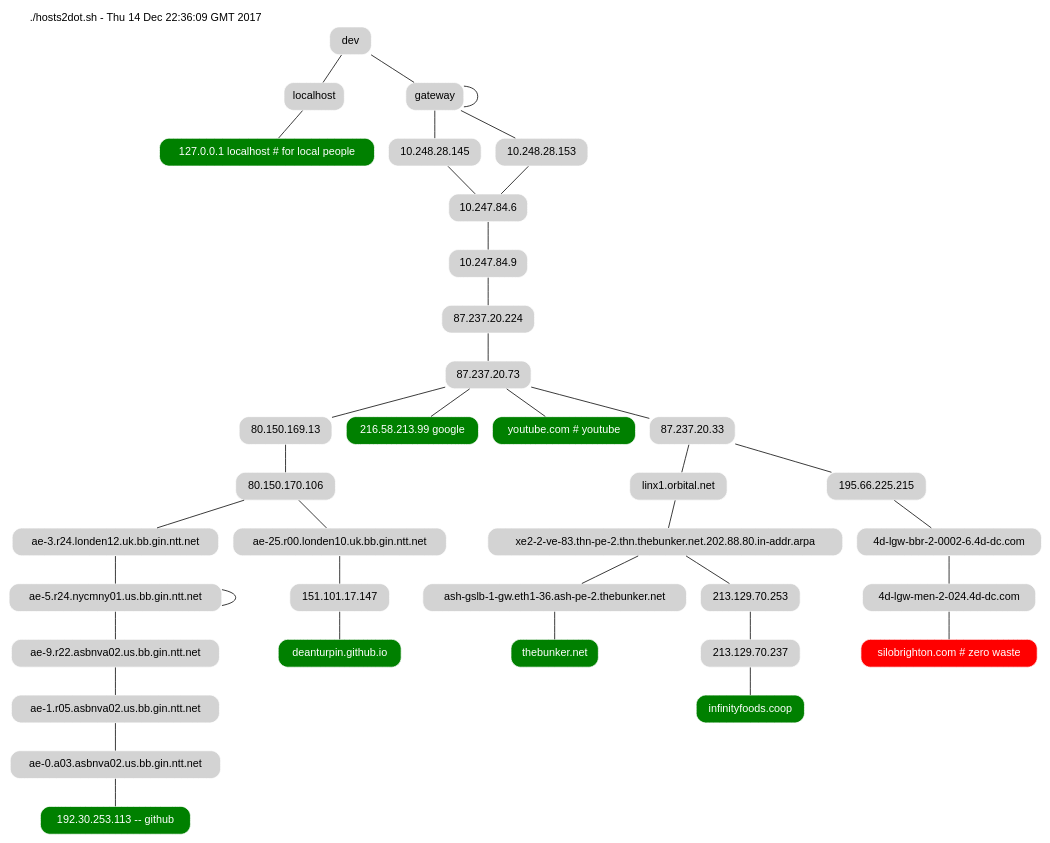
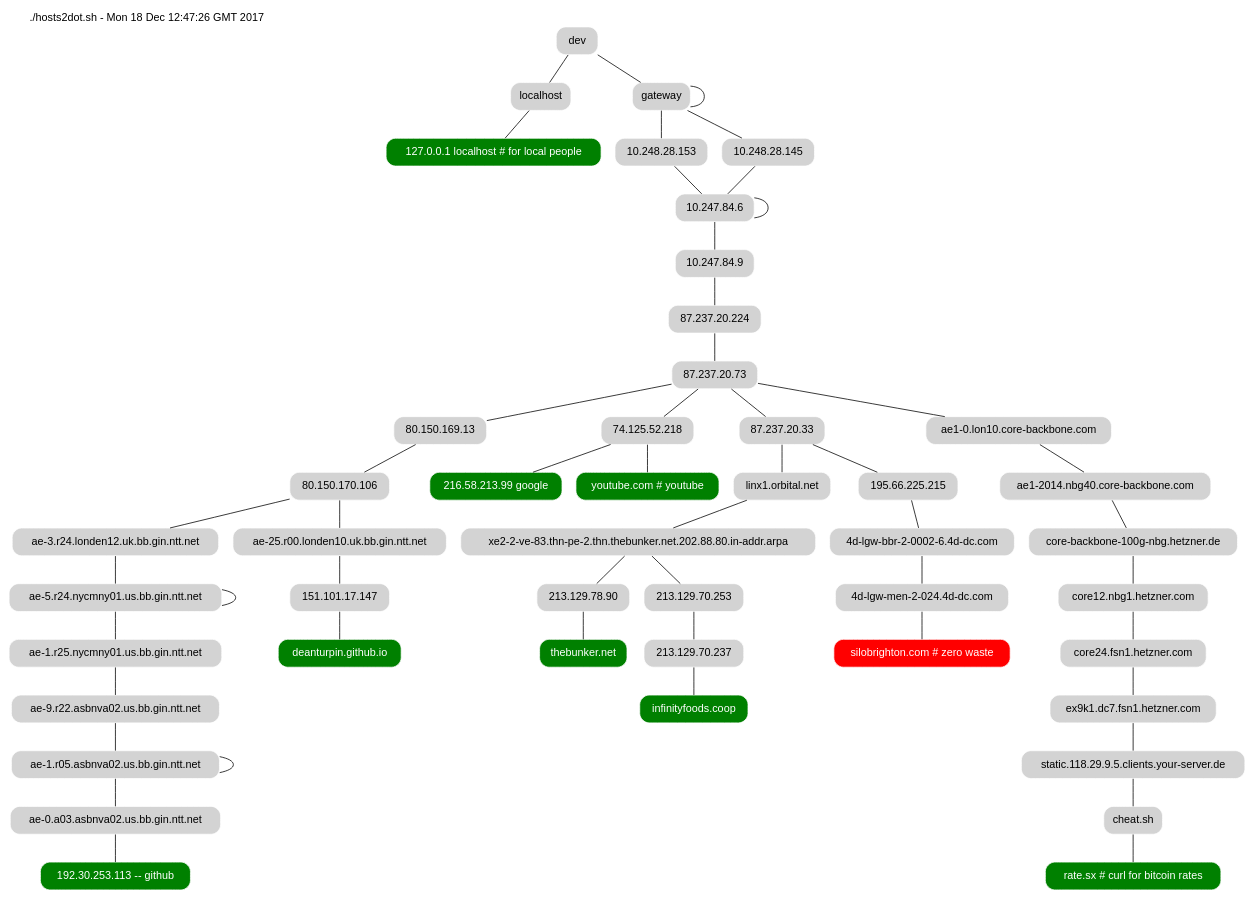
The diagram in topology.dot (deanturpin/hosts2dot), drawn with Graphviz before and after one commit. The commit also changed 2 other files, not shown here.

Commit message:
Add rate.sx and regen

```diff
--- a/topology.dot
+++ b/topology.dot
@@ -1,22 +1,24 @@
 strict graph {
 fontname=helvetica
 node [shape=rect style="filled,rounded" color=white fillcolor=lightgrey fontname=helvetica]
 soy_yo [label=dev]
-graph [label="./hosts2dot.sh - Thu 14 Dec 22:36:09 GMT 2017" labelloc=top labeljust=left]
+graph [label="./hosts2dot.sh - Mon 18 Dec 12:47:26 GMT 2017" labelloc=top labeljust=left]
 "127.0.0.1 localhost # for local people" [fillcolor=green fontcolor=white]
 soy_yo--"localhost"--"127.0.0.1 localhost # for local people"
 "192.30.253.113 -- github" [fillcolor=green fontcolor=white]
-soy_yo--"gateway"--"gateway"--"10.248.28.145"--"10.247.84.6"--"10.247.84.9"--"87.237.20.224"--"87.237.20.73"--"80.150.169.13"--"80.150.170.106"--"ae-3.r24.londen12.uk.bb.gin.ntt.net"--"ae-5.r24.nycmny01.us.bb.gin.ntt.net"--"ae-5.r24.nycmny01.us.bb.gin.ntt.net"--"ae-9.r22.asbnva02.us.bb.gin.ntt.net"--"ae-1.r05.asbnva02.us.bb.gin.ntt.net"--"ae-0.a03.asbnva02.us.bb.gin.ntt.net"--"192.30.253.113 -- github"
+soy_yo--"gateway"--"gateway"--"10.248.28.153"--"10.247.84.6"--"10.247.84.9"--"87.237.20.224"--"87.237.20.73"--"80.150.169.13"--"80.150.170.106"--"ae-3.r24.londen12.uk.bb.gin.ntt.net"--"ae-5.r24.nycmny01.us.bb.gin.ntt.net"--"ae-5.r24.nycmny01.us.bb.gin.ntt.net"--"ae-1.r25.nycmny01.us.bb.gin.ntt.net"--"ae-9.r22.asbnva02.us.bb.gin.ntt.net"--"ae-1.r05.asbnva02.us.bb.gin.ntt.net"--"ae-1.r05.asbnva02.us.bb.gin.ntt.net"--"ae-0.a03.asbnva02.us.bb.gin.ntt.net"--"192.30.253.113 -- github"
 "216.58.213.99 google" [fillcolor=green fontcolor=white]
-soy_yo--"gateway"--"gateway"--"10.248.28.145"--"10.247.84.6"--"10.247.84.9"--"87.237.20.224"--"87.237.20.73"--"216.58.213.99 google"
+soy_yo--"gateway"--"gateway"--"10.248.28.153"--"10.247.84.6"--"10.247.84.9"--"87.237.20.224"--"87.237.20.73"--"74.125.52.218"--"216.58.213.99 google"
 "youtube.com # youtube" [fillcolor=green fontcolor=white]
-soy_yo--"gateway"--"gateway"--"10.248.28.153"--"10.247.84.6"--"10.247.84.9"--"87.237.20.224"--"87.237.20.73"--"youtube.com # youtube"
+soy_yo--"gateway"--"gateway"--"10.248.28.153"--"10.247.84.6"--"10.247.84.9"--"87.237.20.224"--"87.237.20.73"--"74.125.52.218"--"youtube.com # youtube"
 "deanturpin.github.io" [fillcolor=green fontcolor=white]
-soy_yo--"gateway"--"gateway"--"10.248.28.145"--"10.247.84.6"--"10.247.84.9"--"87.237.20.224"--"87.237.20.73"--"80.150.169.13"--"80.150.170.106"--"ae-25.r00.londen10.uk.bb.gin.ntt.net"--"151.101.17.147"--"deanturpin.github.io"
+soy_yo--"gateway"--"gateway"--"10.248.28.153"--"10.247.84.6"--"10.247.84.9"--"87.237.20.224"--"87.237.20.73"--"80.150.169.13"--"80.150.170.106"--"ae-25.r00.londen10.uk.bb.gin.ntt.net"--"151.101.17.147"--"deanturpin.github.io"
 "thebunker.net" [fillcolor=green fontcolor=white]
-soy_yo--"gateway"--"gateway"--"10.248.28.153"--"10.247.84.6"--"10.247.84.9"--"87.237.20.224"--"87.237.20.73"--"87.237.20.33"--"linx1.orbital.net"--"xe2-2-ve-83.thn-pe-2.thn.thebunker.net.202.88.80.in-addr.arpa"--"ash-gslb-1-gw.eth1-36.ash-pe-2.thebunker.net"--"thebunker.net"
+soy_yo--"gateway"--"gateway"--"10.248.28.145"--"10.247.84.6"--"10.247.84.9"--"87.237.20.224"--"87.237.20.73"--"87.237.20.33"--"linx1.orbital.net"--"xe2-2-ve-83.thn-pe-2.thn.thebunker.net.202.88.80.in-addr.arpa"--"213.129.78.90"--"thebunker.net"
 "infinityfoods.coop" [fillcolor=green fontcolor=white]
-soy_yo--"gateway"--"gateway"--"10.248.28.153"--"10.247.84.6"--"10.247.84.9"--"87.237.20.224"--"87.237.20.73"--"87.237.20.33"--"linx1.orbital.net"--"xe2-2-ve-83.thn-pe-2.thn.thebunker.net.202.88.80.in-addr.arpa"--"213.129.70.253"--"213.129.70.237"--"infinityfoods.coop"
+soy_yo--"gateway"--"gateway"--"10.248.28.145"--"10.247.84.6"--"10.247.84.9"--"87.237.20.224"--"87.237.20.73"--"87.237.20.33"--"linx1.orbital.net"--"xe2-2-ve-83.thn-pe-2.thn.thebunker.net.202.88.80.in-addr.arpa"--"213.129.70.253"--"213.129.70.237"--"infinityfoods.coop"
 "silobrighton.com # zero waste" [fillcolor=red fontcolor=white]
-soy_yo--"gateway"--"gateway"--"10.248.28.153"--"10.247.84.6"--"10.247.84.9"--"87.237.20.224"--"87.237.20.73"--"87.237.20.33"--"195.66.225.215"--"4d-lgw-bbr-2-0002-6.4d-dc.com"--"4d-lgw-men-2-024.4d-dc.com"--"silobrighton.com # zero waste"
+soy_yo--"gateway"--"gateway"--"10.248.28.145"--"10.247.84.6"--"10.247.84.9"--"87.237.20.224"--"87.237.20.73"--"87.237.20.33"--"195.66.225.215"--"4d-lgw-bbr-2-0002-6.4d-dc.com"--"4d-lgw-men-2-024.4d-dc.com"--"silobrighton.com # zero waste"
+"rate.sx # curl for bitcoin rates" [fillcolor=green fontcolor=white]
+soy_yo--"gateway"--"gateway"--"10.248.28.153"--"10.247.84.6"--"10.247.84.6"--"10.247.84.9"--"87.237.20.224"--"87.237.20.73"--"ae1-0.lon10.core-backbone.com"--"ae1-2014.nbg40.core-backbone.com"--"core-backbone-100g-nbg.hetzner.de"--"core12.nbg1.hetzner.com"--"core24.fsn1.hetzner.com"--"ex9k1.dc7.fsn1.hetzner.com"--"static.118.29.9.5.clients.your-server.de"--"cheat.sh"--"rate.sx # curl for bitcoin rates"
 }
```
